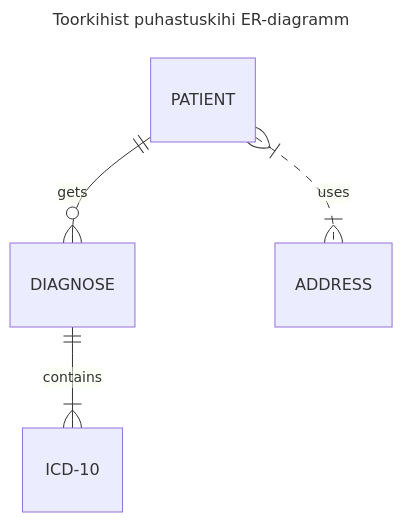
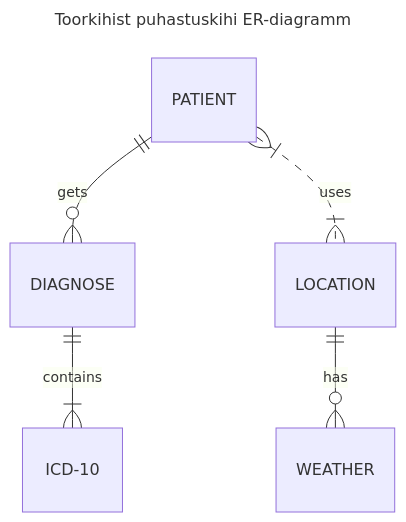
The third of 3 diagrams in docs/arhitektuur.md (sergeierbin/weather-disease-correlation), drawn with Mermaid before and after one commit. The commit also changed other lines of this file and 1 other file, not shown here.

Commit message:
1. tehtud muudatused ER diagrammis. 2. lisatud andmeallikate skeem.

````diff
--- a/docs/arhitektuur.md
+++ b/docs/arhitektuur.md
@@ -160,9 +188,10 @@
 ```mermaid
 ---
 title: Toorkihist puhastuskihi ER-diagramm
 ---
 erDiagram
     PATIENT ||--o{ DIAGNOSE : gets
     DIAGNOSE ||--|{ ICD-10 : contains
-    PATIENT }|..|{ ADDRESS : uses
+    PATIENT }|..|{ LOCATION : uses
+    LOCATION ||--o{ WEATHER : has
 ```
````
